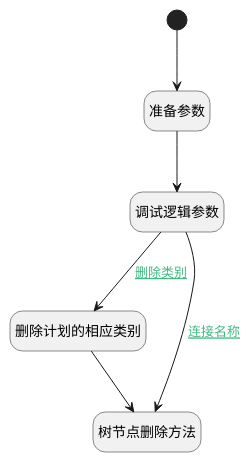
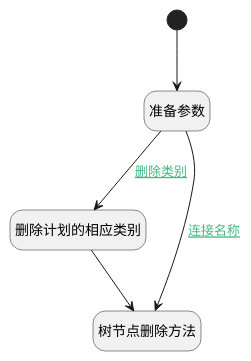
The diagram in doc/docsify/module/ProdMgmt/customer/uilogic/remove_section_or_category.md (iBizLab/plm), drawn with PlantUML before and after one commit. The commit also changed other lines of this file and 1068 other files, not shown here.

````diff
--- a/doc/docsify/module/ProdMgmt/customer/uilogic/remove_section_or_category.md
+++ b/doc/docsify/module/ProdMgmt/customer/uilogic/remove_section_or_category.md
@@ -7,26 +7,24 @@
 ```plantuml
 @startuml
 hide footbox
 <style>
 root {
   HyperlinkColor #42b983
 }
 </style>
 
 hide empty description
 state "开始" as Begin <<start>> [[$./remove_section_or_category#begin {开始}]]
-state "调试逻辑参数" as DEBUGPARAM1  [[$./remove_section_or_category#debugparam1 {调试逻辑参数}]]
 state "删除计划的相应类别" as DEACTION1  [[$./remove_section_or_category#deaction1 {删除计划的相应类别}]]
+state "树节点删除方法" as VIEWCTRLINVOKE1  [[$./remove_section_or_category#viewctrlinvoke1 {树节点删除方法}]]
 state "准备参数" as PREPAREJSPARAM1  [[$./remove_section_or_category#preparejsparam1 {准备参数}]]
-state "树节点删除方法" as VIEWCTRLINVOKE1  [[$./remove_section_or_category#viewctrlinvoke1 {树节点删除方法}]]
 
 
 Begin --> PREPAREJSPARAM1
-PREPAREJSPARAM1 --> DEBUGPARAM1
-DEBUGPARAM1 --> DEACTION1 : [[$./remove_section_or_category#debugparam1-deaction1{删除类别} 删除类别]]
+PREPAREJSPARAM1 --> DEACTION1 : [[$./remove_section_or_category#preparejsparam1-deaction1{删除类别} 删除类别]]
 DEACTION1 --> VIEWCTRLINVOKE1
-DEBUGPARAM1 --> VIEWCTRLINVOKE1 : [[$./remove_section_or_category#debugparam1-viewctrlinvoke1{连接名称} 连接名称]]
+PREPAREJSPARAM1 --> VIEWCTRLINVOKE1 : [[$./remove_section_or_category#preparejsparam1-viewctrlinvoke1{连接名称} 连接名称]]
 
 
 @enduml
 ```
````
